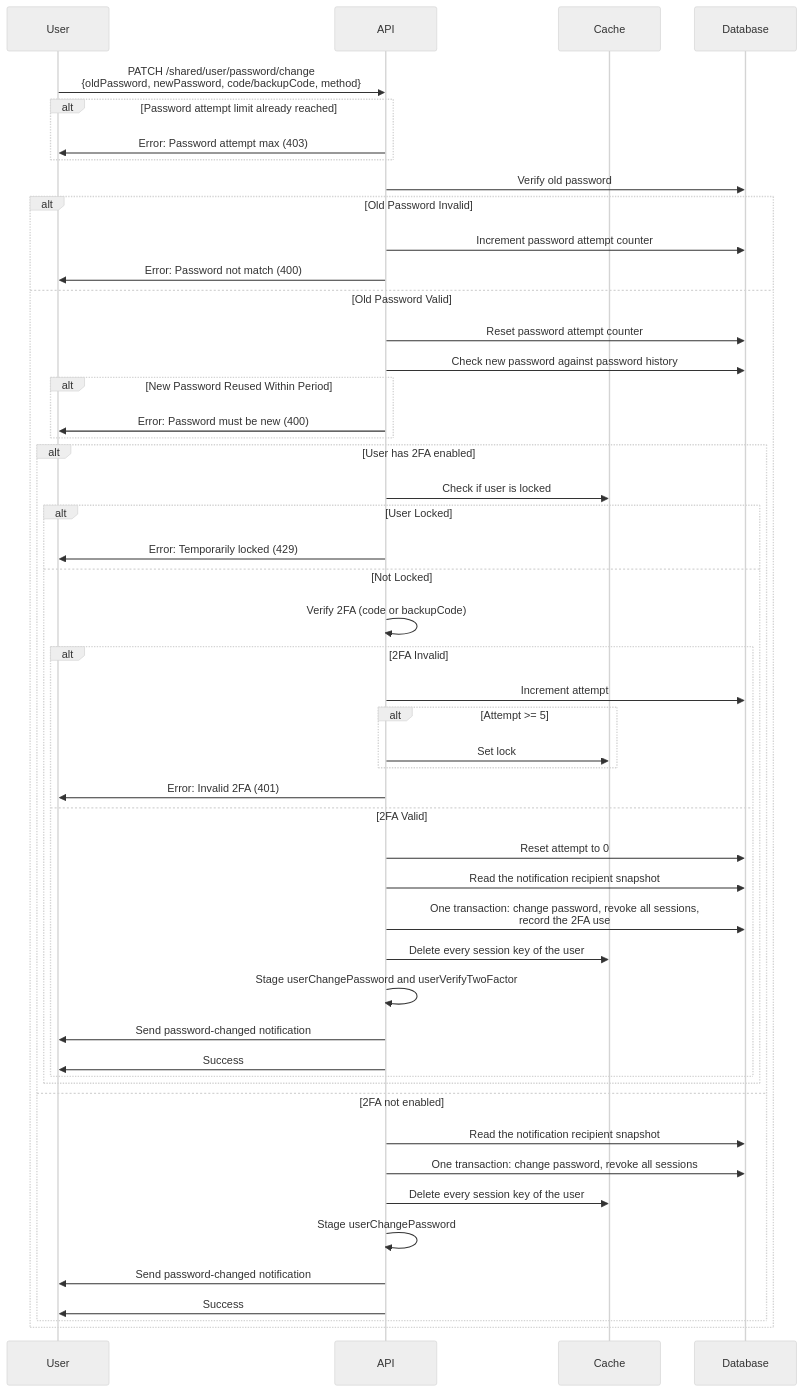
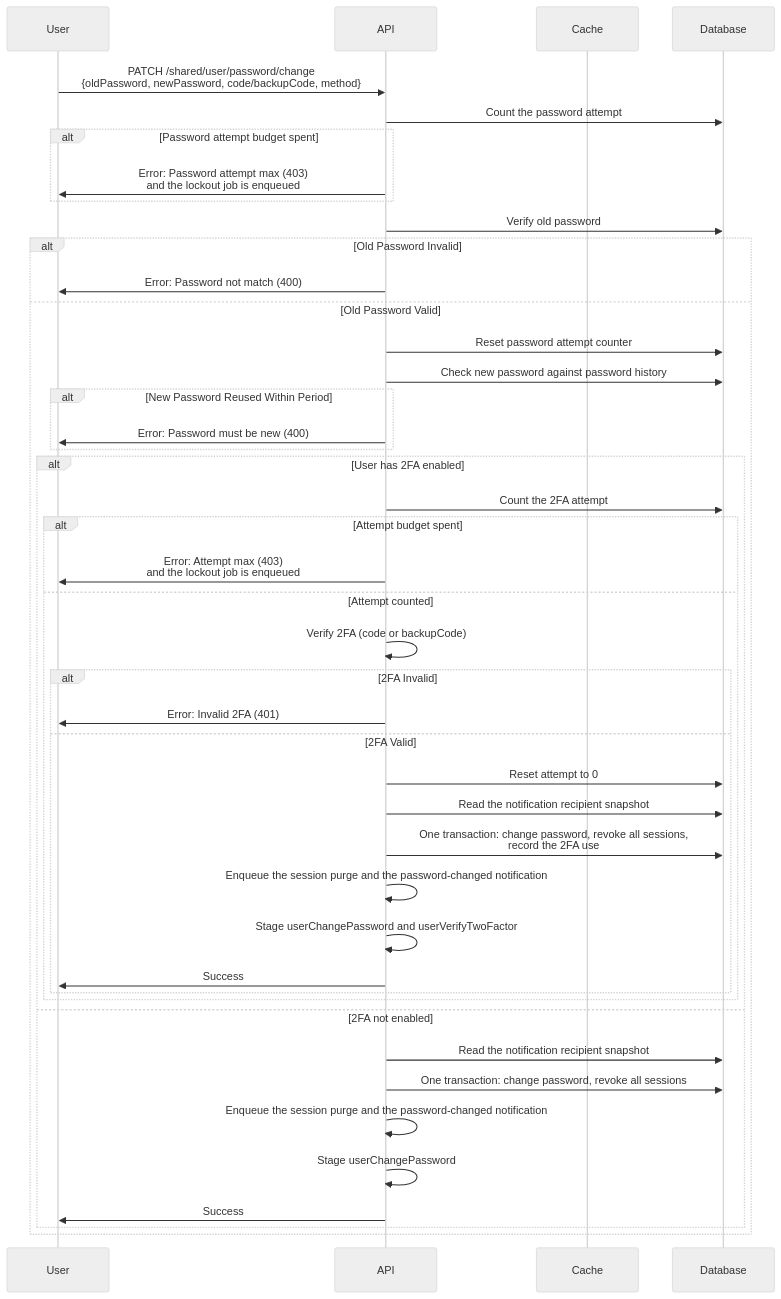
Before and after one commit to andrechristikan/ack-nestjs-boilerplate: the seventh of 9 diagrams in docs/two-factor.md, drawn with Mermaid (neutral theme). The commit also changed other lines of this file and 95 other files, not shown here.

````diff
--- a/docs/two-factor.md
+++ b/docs/two-factor.md
@@ -492,53 +441,47 @@
 ```mermaid
 sequenceDiagram
     participant User
     participant API
     participant Cache
     participant Database
 
     User->>API: PATCH /shared/user/password/change<br/>{oldPassword, newPassword, code/backupCode, method}
-    alt Password attempt limit already reached
-        API->>User: Error: Password attempt max (403)
+    API->>Database: Count the password attempt
+    alt Password attempt budget spent
+        API->>User: Error: Password attempt max (403)<br/>and the lockout job is enqueued
     end
     API->>Database: Verify old password
     alt Old Password Invalid
-        API->>Database: Increment password attempt counter
         API->>User: Error: Password not match (400)
     else Old Password Valid
         API->>Database: Reset password attempt counter
         API->>Database: Check new password against password history
         alt New Password Reused Within Period
             API->>User: Error: Password must be new (400)
         end
         alt User has 2FA enabled
-            API->>Cache: Check if user is locked
-            alt User Locked
-                API->>User: Error: Temporarily locked (429)
-            else Not Locked
+            API->>Database: Count the 2FA attempt
+            alt Attempt budget spent
+                API->>User: Error: Attempt max (403)<br/>and the lockout job is enqueued
+            else Attempt counted
                 API->>API: Verify 2FA (code or backupCode)
                 alt 2FA Invalid
-                    API->>Database: Increment attempt
-                    alt Attempt >= 5
-                        API->>Cache: Set lock
-                    end
                     API->>User: Error: Invalid 2FA (401)
                 else 2FA Valid
                     API->>Database: Reset attempt to 0
                     API->>Database: Read the notification recipient snapshot
                     API->>Database: One transaction: change password, revoke all sessions,<br/>record the 2FA use
-                    API->>Cache: Delete every session key of the user
+                    API->>API: Enqueue the session purge and the password-changed notification
                     API->>API: Stage userChangePassword and userVerifyTwoFactor
-                    API->>User: Send password-changed notification
                     API->>User: Success
                 end
             end
         else 2FA not enabled
             API->>Database: Read the notification recipient snapshot
             API->>Database: One transaction: change password, revoke all sessions
-            API->>Cache: Delete every session key of the user
+            API->>API: Enqueue the session purge and the password-changed notification
             API->>API: Stage userChangePassword
-            API->>User: Send password-changed notification
             API->>User: Success
         end
     end
 ```
````
